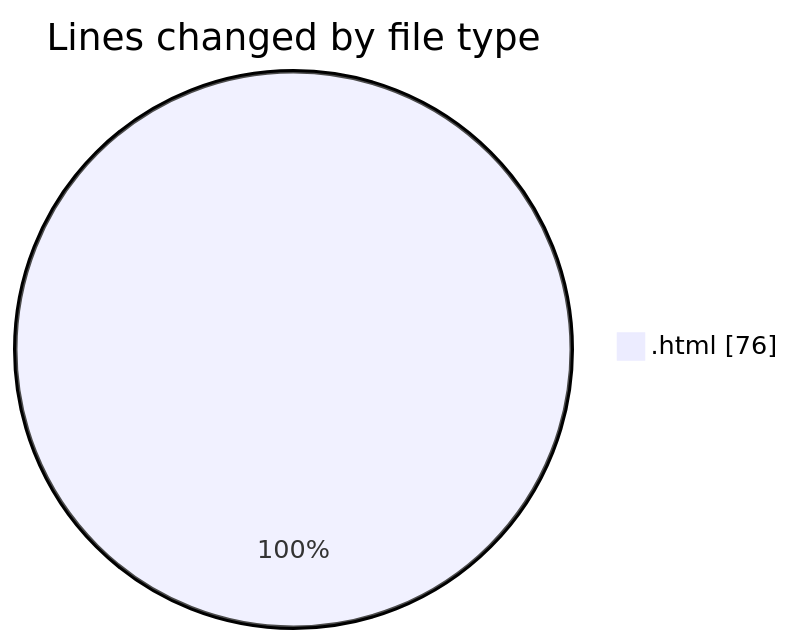
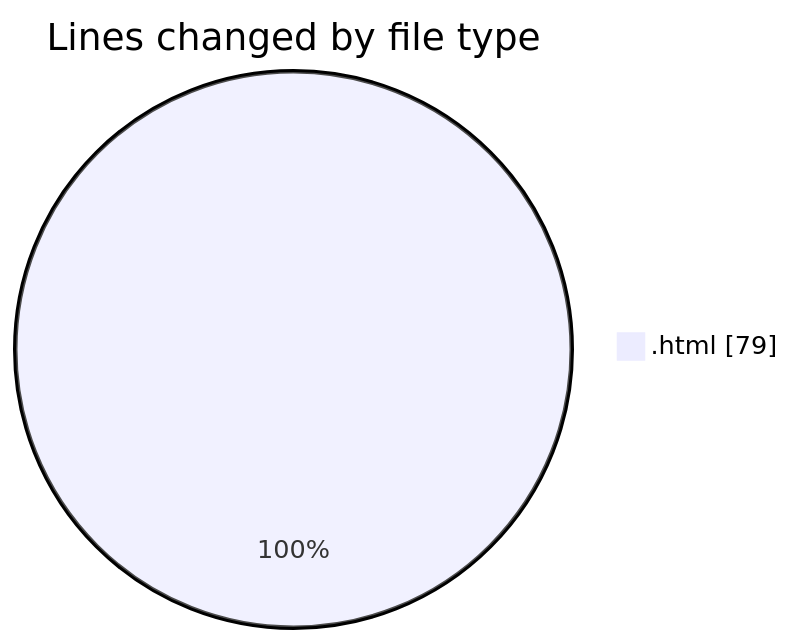
The first of 2 diagrams in 2025-10-24/javacript/README.md (nxtqubesakshisongat/code-tracking), drawn with Mermaid before and after one commit. The commit also changed other lines of this file and 1 other file, not shown here.

````diff
--- a/2025-10-24/javacript/README.md
+++ b/2025-10-24/javacript/README.md
@@ -20,5 +20,5 @@
 ```mermaid
 pie showData
 title Lines changed by file type
-".html" : 76
+".html" : 79
 ```
````
